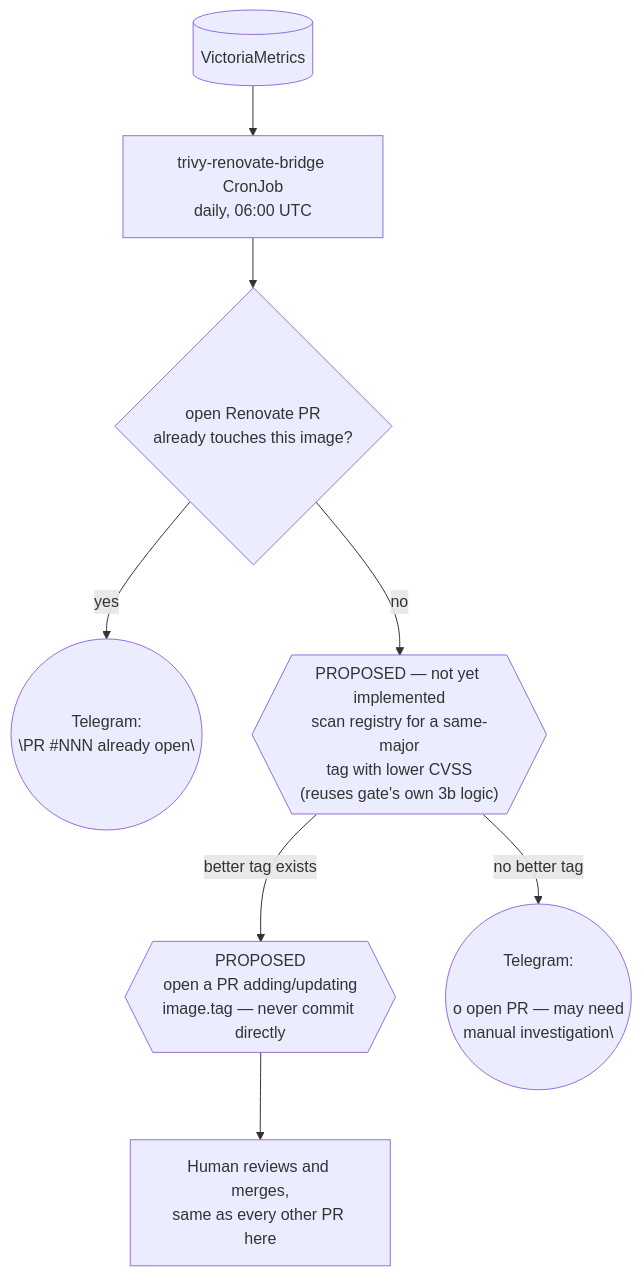
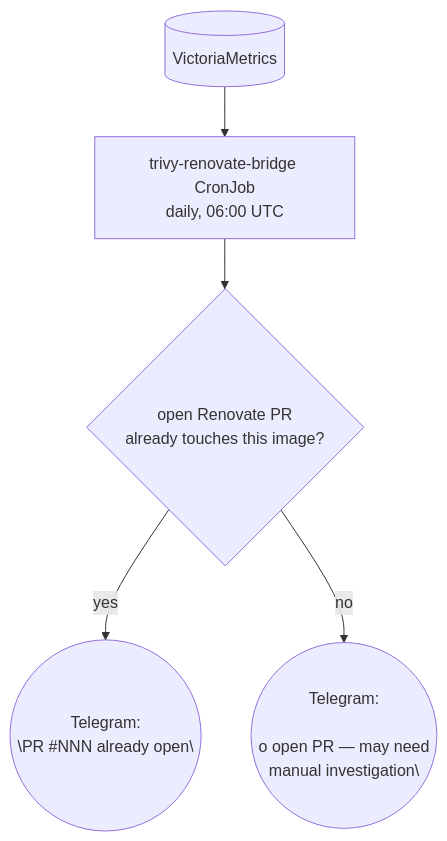
The third of 4 diagrams in docs/renovate-trivy-flow.md (bibAtWork/Edge_GitOps), drawn with Mermaid before and after one commit. The commit also changed other lines of this file, not shown here.

First line of the commit message:
doc(security): update the Renovate/Trivy flow doc's section 3 to the final self-contained auto-patch design

````diff
--- a/docs/renovate-trivy-flow.md
+++ b/docs/renovate-trivy-flow.md
@@ -110,10 +110,7 @@
 ```mermaid
 flowchart TD
     R[("VictoriaMetrics")] --> X["trivy-renovate-bridge CronJob\ndaily, 06:00 UTC"]
     X --> Y{"open Renovate PR\nalready touches this image?"}
     Y -- yes --> W1(("Telegram:\n\"PR #NNN already open\""))
-    Y -- no --> AA{{"PROPOSED — not yet implemented\nscan registry for a same-major\ntag with lower CVSS\n(reuses gate's own 3b logic)"}}
-    AA -- better tag exists --> AB{{"PROPOSED\nopen a PR adding/updating\nimage.tag — never commit directly"}}
-    AA -- no better tag --> W2(("Telegram:\n\"no open PR — may need\nmanual investigation\""))
-    AB --> REVIEW["Human reviews and merges,\nsame as every other PR here"]
+    Y -- no --> W2(("Telegram:\n\"no open PR — may need\nmanual investigation\""))
 ```
````
